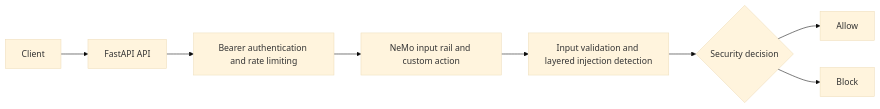
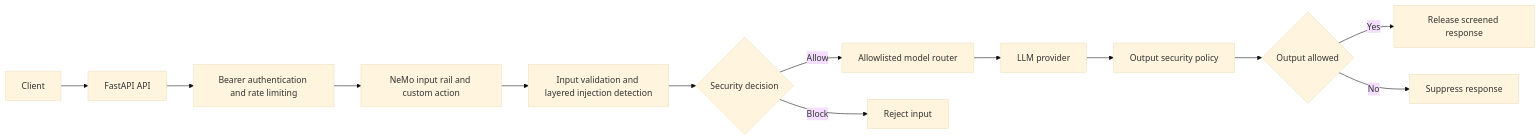
The diagram in README.md (jemmie2025/llm-guardrails-security), drawn with Mermaid (base theme) before and after one commit. The commit also changed other lines of this file, not shown here.

Commit message:
docs: align README with final security architecture and validation results

````diff
--- a/README.md
+++ b/README.md
@@ -75,10 +75,15 @@
 ```mermaid
 flowchart LR
     A[Client] --> B[FastAPI API]
     B --> C[Bearer authentication and rate limiting]
     C --> D[NeMo input rail and custom action]
     D --> E[Input validation and layered injection detection]
     E --> F{Security decision}
-    F --> G[Allow]
-    F --> H[Block]
+    F -->|Allow| G[Allowlisted model router]
+    F -->|Block| H[Reject input]
+    G --> I[LLM provider]
+    I --> J[Output security policy]
+    J --> K{Output allowed}
+    K -->|Yes| L[Release screened response]
+    K -->|No| M[Suppress response]
 ```
````
